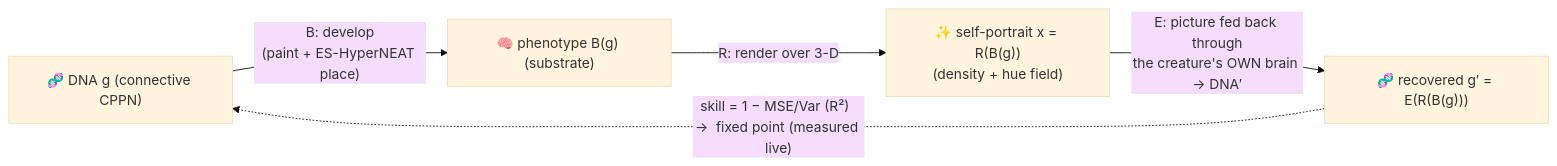
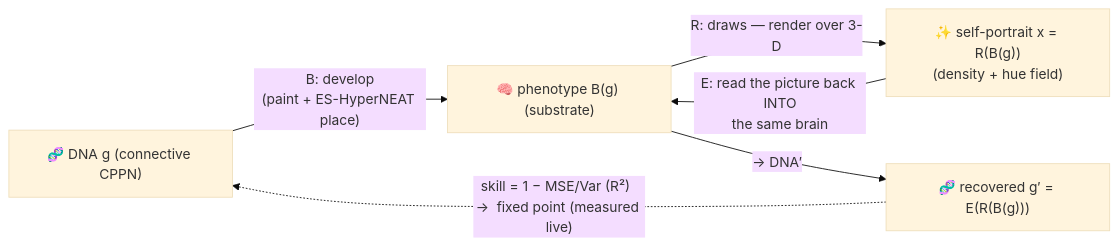
The diagram in docs/WHITEPAPER.md (admiralakber/autograph), drawn with Mermaid (base theme) before and after one commit. The commit also changed 3 other files, not shown here.

First line of the commit message:
docs: correct the loop diagrams to portrait → back-into-brain → DNA′

````diff
--- a/docs/WHITEPAPER.md
+++ b/docs/WHITEPAPER.md
@@ -77,7 +77,8 @@
 ```mermaid
 flowchart LR
   G["🧬 DNA g (connective CPPN)"] -->|"B: develop<br/>(paint + ES-HyperNEAT place)"| P["🧠 phenotype B(g) (substrate)"]
-  P -->|"R: render over 3-D"| X["✨ self-portrait x = R(B(g))<br/>(density + hue field)"]
-  X -->|"E: picture fed back through<br/>the creature's OWN brain → DNA′"| G2["🧬 recovered g′ = E(R(B(g)))"]
+  P -->|"R: draws — render over 3-D"| X["✨ self-portrait x = R(B(g))<br/>(density + hue field)"]
+  X -->|"E: read the picture back INTO<br/>the same brain"| P
+  P -->|"→ DNA′"| G2["🧬 recovered g′ = E(R(B(g)))"]
   G2 -. "skill = 1 − MSE/Var (R²)  →  fixed point (measured live)" .-> G
 ```
````
